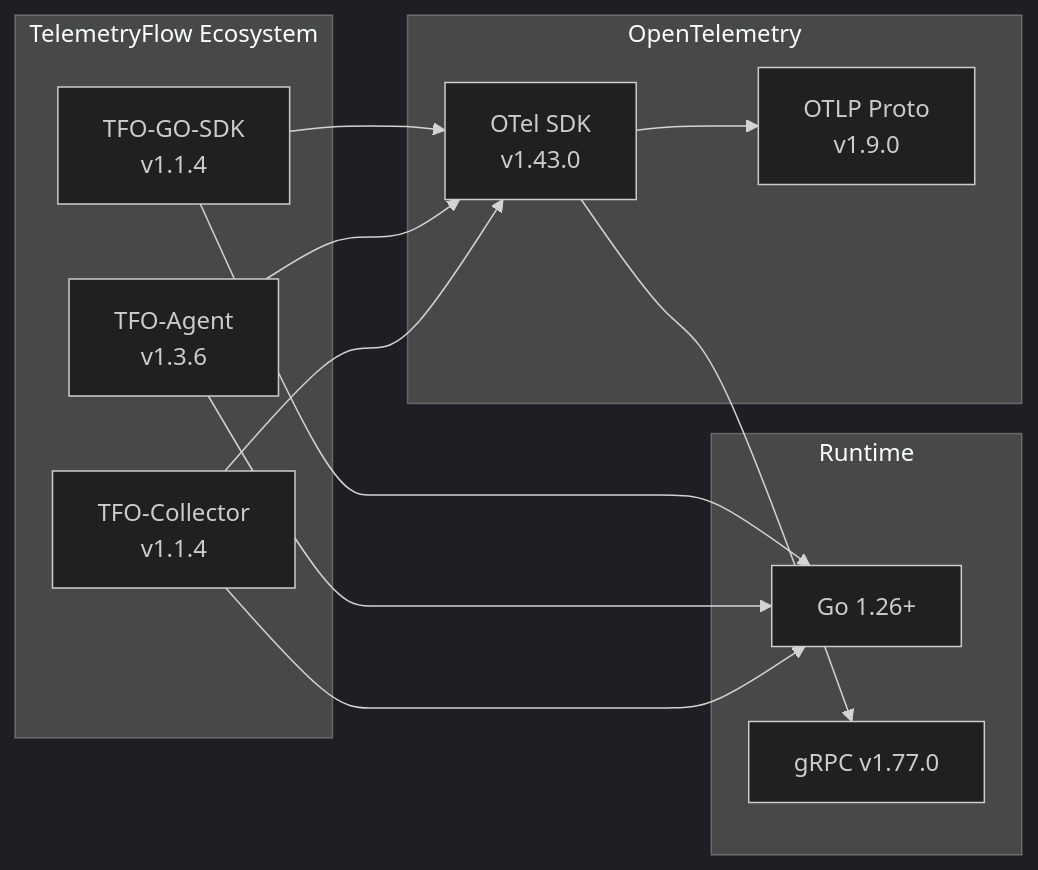
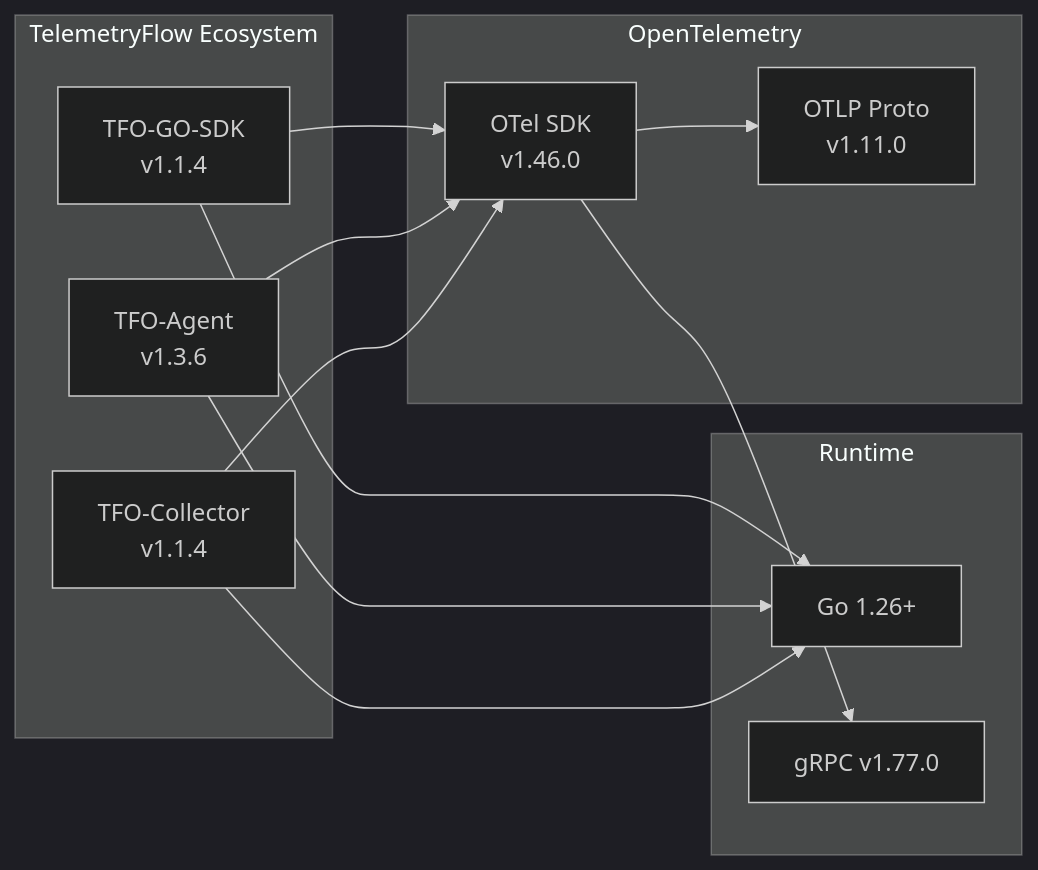
Before and after one commit to telemetryflow/telemetryflow-agent: diagram 13 of 15 in docs/ARCHITECTURE.md, drawn with Mermaid (dark theme). The commit also changed other lines of this file and 1 other file, not shown here.

Commit message:
docs: fix OTEL SDK + OTLP Proto versions to match code (1.46.0 / 1.11.0)
Validation found docs lagging the code: ARCHITECTURE.md + TROUBLESHOOTING.md
still referenced OTEL SDK v1.43.0 and OTLP Proto v1.9.0, but go.mod + internal/
version ship OTEL SDK v1.46.0 (otel, otlpmetric/otlptrace http+grpc exporters)
and go.opentelemetry.io/proto/otlp v1.11.0. The described behavior (value-type
metricdata aggregations; pointer types rejected by the transform pipeline) holds
unchanged in v1.46.0.

- OTel SDK / otlpmetrichttp v1.43.0 -> v1.46.0 (ARCHITECTURE x3, TROUBLESHOOTING x1)
- OTLP Proto v1.9.0 -> v1.11.0 (ARCHITECTURE mermaid node)

````diff
--- a/docs/ARCHITECTURE.md
+++ b/docs/ARCHITECTURE.md
@@ -530,29 +530,29 @@
 ```mermaid
 graph LR
     subgraph "TelemetryFlow Ecosystem"
         SDK[TFO-GO-SDK<br/>v1.1.4]
         AGENT[TFO-Agent<br/>v1.3.6]
         COLL[TFO-Collector<br/>v1.1.4]
     end
 
     subgraph "OpenTelemetry"
-        OTEL[OTel SDK<br/>v1.43.0]
-        PROTO[OTLP Proto<br/>v1.9.0]
+        OTEL[OTel SDK<br/>v1.46.0]
+        PROTO[OTLP Proto<br/>v1.11.0]
     end
 
     subgraph "Runtime"
         GO[Go 1.26+]
         GRPC[gRPC v1.77.0]
     end
 
     SDK --> OTEL
     AGENT --> OTEL
     COLL --> OTEL
 
     OTEL --> PROTO
     OTEL --> GRPC
 
     SDK --> GO
     AGENT --> GO
     COLL --> GO
 ```
````
